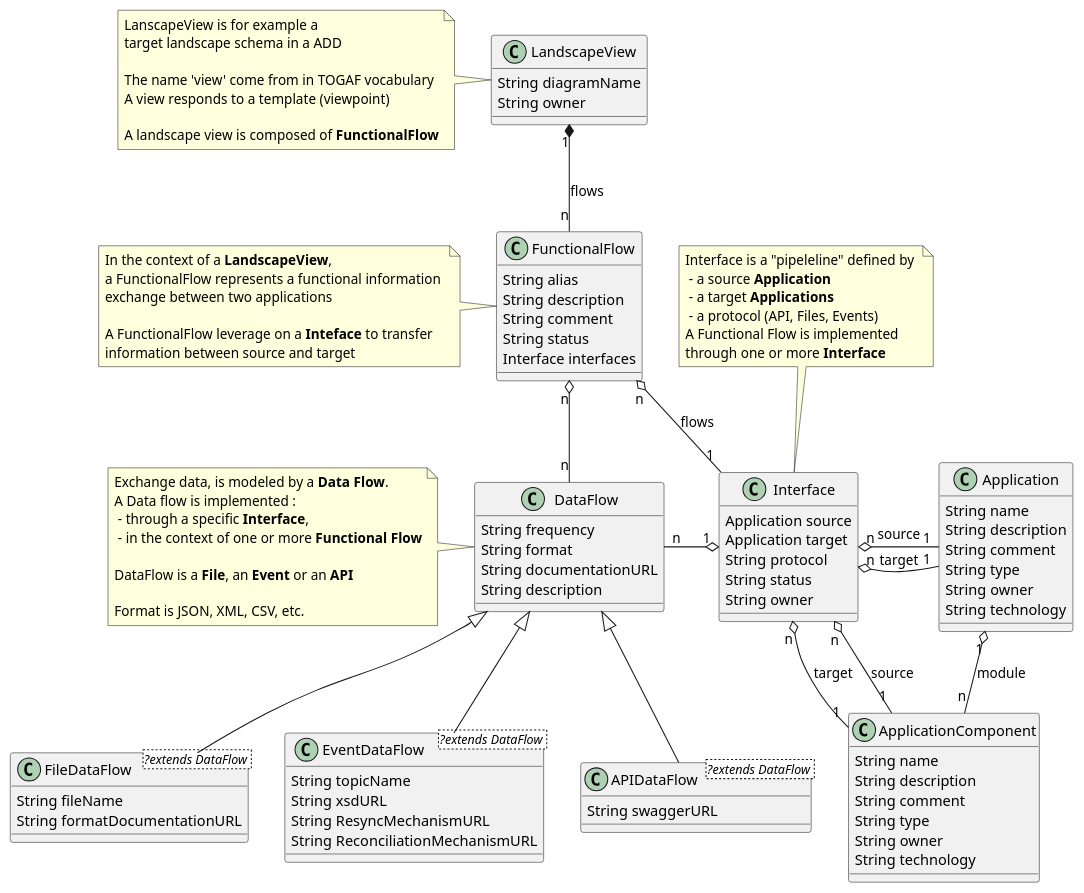
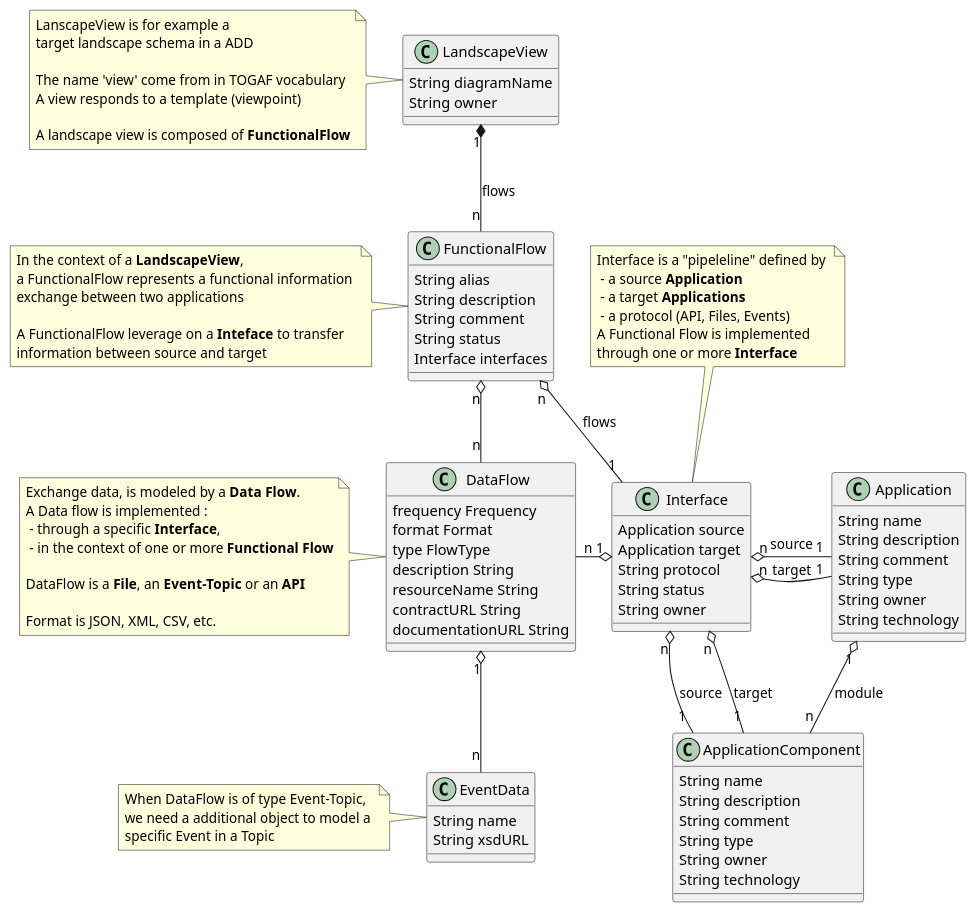
One commit to mauvaisetroupe/ea-design-it changed the diagram in documentation/metamodel/plantuml-eadesignit.puml. Above: the diagram before and after it, drawn with PlantUML. The commit also changed 78 other files, not shown here.

Commit message:
Add EventData entity, start & end Date on entities

```diff
--- a/documentation/metamodel/plantuml-eadesignit.puml
+++ b/documentation/metamodel/plantuml-eadesignit.puml
@@ -1,124 +1,122 @@
 @startuml
 LandscapeView "1" *-down- "n" FunctionalFlow : flows
 FunctionalFlow "n" o-down- "1" Interface : flows
 'FunctionalFlow "1" o-- "n" DataFlow
 DataFlow "n" -right-o "1" Interface
 DataFlow "n" -up-o "n" FunctionalFlow
 
 
 
 
 Interface "n" o-right- "1" Application : source
 Interface "n" o-right- "1" Application : target
 Interface "n" o-- "1" ApplicationComponent : source
 Interface "n" o-- "1" ApplicationComponent : target
 
 Application "1" o-- "n" ApplicationComponent : module
 
-DataFlow <|-- FileDataFlow
-DataFlow <|-- EventDataFlow
-DataFlow <|-- APIDataFlow
+DataFlow "1" o-- "n" EventData
 
 
 
 
 Class LandscapeView {
    String diagramName 
    String owner
 }
 note left of LandscapeView
   LanscapeView is for example a 
   target landscape schema in a ADD
   
   The name 'view' come from in TOGAF vocabulary
   A view responds to a template (viewpoint)
 
   A landscape view is composed of <b>FunctionalFlow</b>
 end note 
 
 Class FunctionalFlow {
    String alias
    String description
    String comment
    String status
 	Interface interfaces
 }
 note left of FunctionalFlow
   In the context of a <b>LandscapeView</b>,
   a FunctionalFlow represents a functional information 
   exchange between two applications
   
   A FunctionalFlow leverage on a <b>Inteface</b> to transfer
   information between source and target
 end note 
 
 Class Interface {
    Application source
    Application target
    String protocol
    String status
    String owner
 }
 note top of Interface
    Interface is a "pipeleline" defined by 
     - a source <b>Application</b>
     - a target <b>Applications</b>
     - a protocol (API, Files, Events)
    A Functional Flow is implemented 
    through one or more <b>Interface</b>
 end note
 
 
 Class Application {
    String name
    String description
    String comment
    String type
    String owner
    String technology
 }
 
 Class ApplicationComponent {
    String name
    String description
    String comment
    String type
    String owner
    String technology
 }
 
 
 Class DataFlow {
-	String frequency
-   String format 
-   String documentationURL
-   String description
+    frequency Frequency
+    format Format
+    type FlowType
+    description String
+    resourceName String
+    contractURL String
+    documentationURL String
 }
+
+
 note left of DataFlow
   Exchange data, is modeled by a <b>Data Flow</b>.
   A Data flow is implemented :
    - through a specific <b>Interface</b>, 
    - in the context of one or more <b>Functional Flow</b>
   
-  DataFlow is a <b>File</b>, an <b>Event</b> or an <b>API</b>
+  DataFlow is a <b>File</b>, an <b>Event-Topic</b> or an <b>API</b>
 
   Format is JSON, XML, CSV, etc.
 end note 
 
 
-Class FileDataFlow <?extends DataFlow > {
-   String fileName
-   String formatDocumentationURL
+Class EventData {
+   String name
+   String xsdURL
 }
 
-Class EventDataFlow <?extends DataFlow > {
-   String topicName
-   String xsdURL
-   String ResyncMechanismURL
-   String ReconciliationMechanismURL
-}
-
-Class APIDataFlow <?extends DataFlow > {
-   String swaggerURL
-}
+note left of EventData
+   When DataFlow is of type Event-Topic, 
+   we need a additional object to model a 
+   specific Event in a Topic
+end note
 @enduml
```
